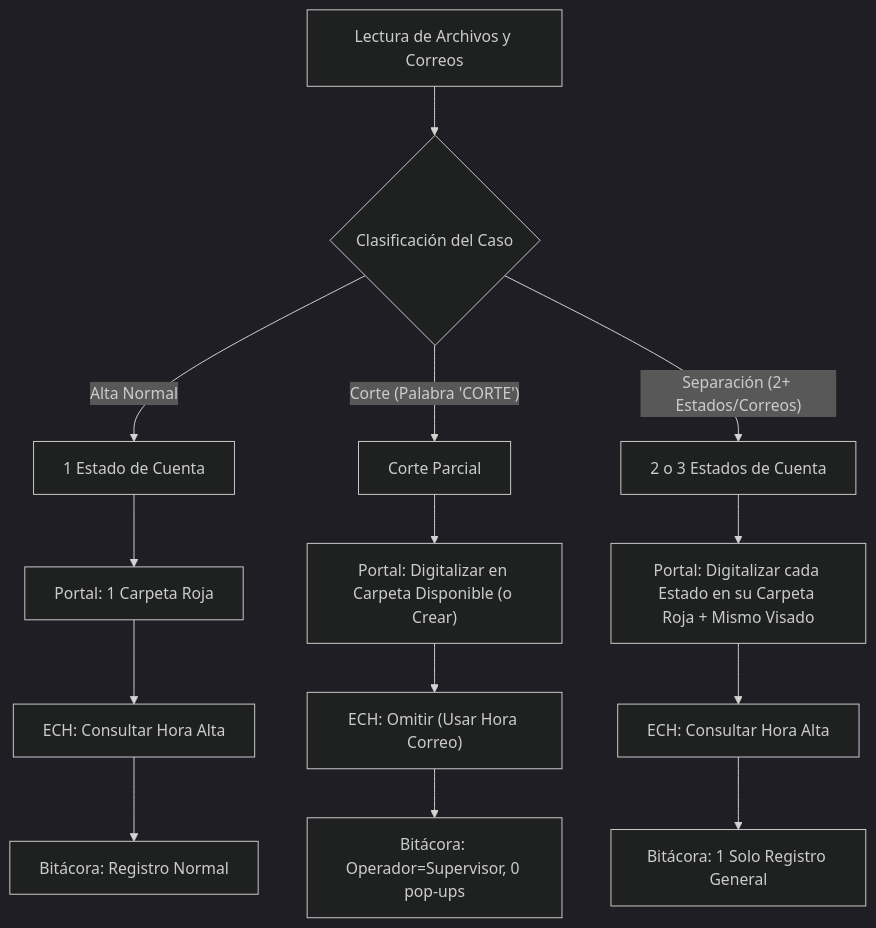
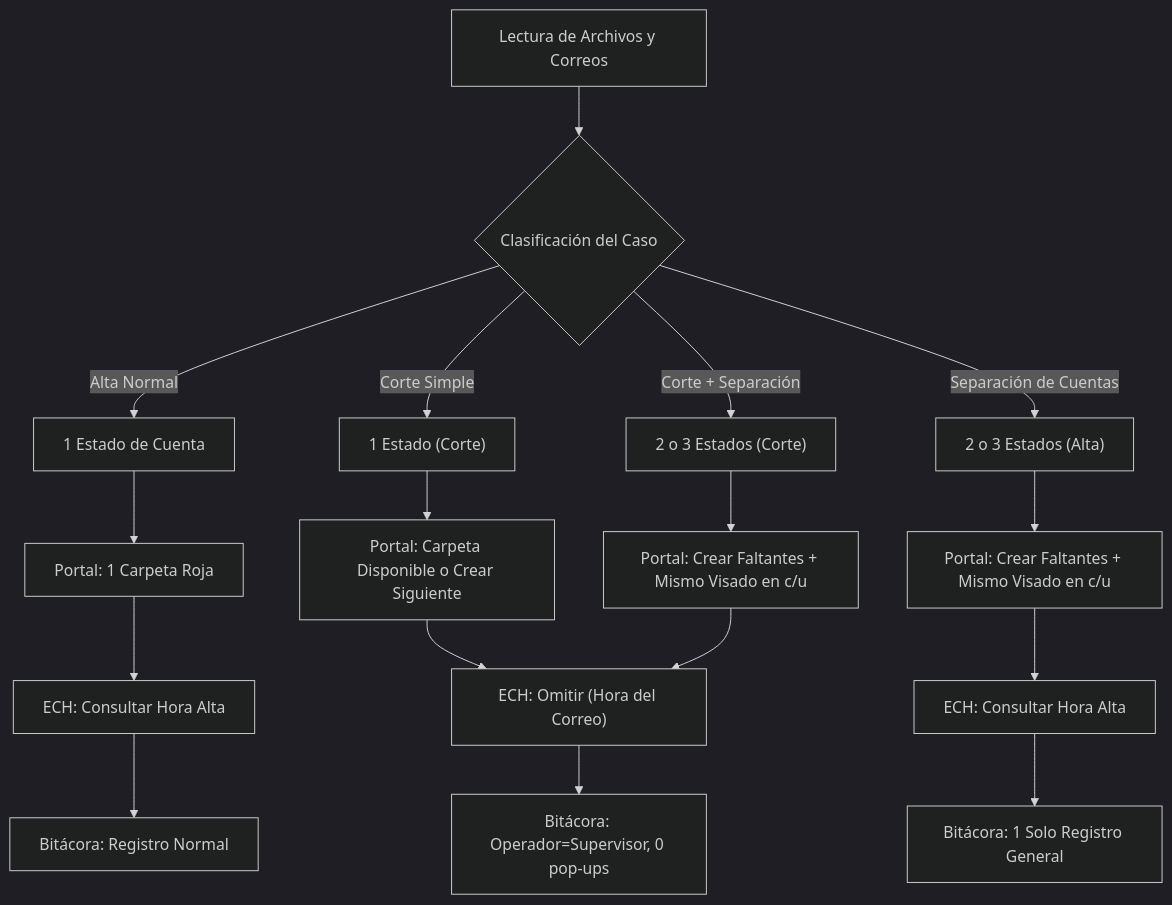
One commit to alfraber23/robot changed the diagram in PLAN_CORTES_Y_SEPARACIONES.md. Above: the diagram before and after it, drawn with Mermaid (dark theme). The commit also changed other lines of this file and 10 other files, not shown here.

````diff
--- a/PLAN_CORTES_Y_SEPARACIONES.md
+++ b/PLAN_CORTES_Y_SEPARACIONES.md
@@ -28,20 +28,23 @@
 ```mermaid
 flowchart TD
     A["Lectura de Archivos y Correos"] --> B{"Clasificación del Caso"}
     
     B -->|"Alta Normal"| C["1 Estado de Cuenta"]
-    B -->|"Corte (Palabra 'CORTE')"| D["Corte Parcial"]
-    B -->|"Separación (2+ Estados/Correos)"| E["2 o 3 Estados de Cuenta"]
+    B -->|"Corte Simple"| D["1 Estado (Corte)"]
+    B -->|"Separación de Cuentas"| E["2 o 3 Estados (Alta)"]
+    B -->|"Corte + Separación"| CS["2 o 3 Estados (Corte)"]
     
     C --> F["Portal: 1 Carpeta Roja"]
-    D --> G["Portal: Digitalizar en Carpeta Disponible (o Crear)"]
-    E --> H["Portal: Digitalizar cada Estado en su Carpeta Roja + Mismo Visado"]
+    D --> G["Portal: Carpeta Disponible o Crear Siguiente"]
+    E --> H["Portal: Crear Faltantes + Mismo Visado en c/u"]
+    CS --> HCS["Portal: Crear Faltantes + Mismo Visado en c/u"]
     
     F --> I["ECH: Consultar Hora Alta"]
-    G --> J["ECH: Omitir (Usar Hora Correo)"]
+    G --> J["ECH: Omitir (Hora del Correo)"]
     H --> K["ECH: Consultar Hora Alta"]
+    HCS --> J
     
     I --> L["Bitácora: Registro Normal"]
     J --> M["Bitácora: Operador=Supervisor, 0 pop-ups"]
     K --> N["Bitácora: 1 Solo Registro General"]
 ```
````
